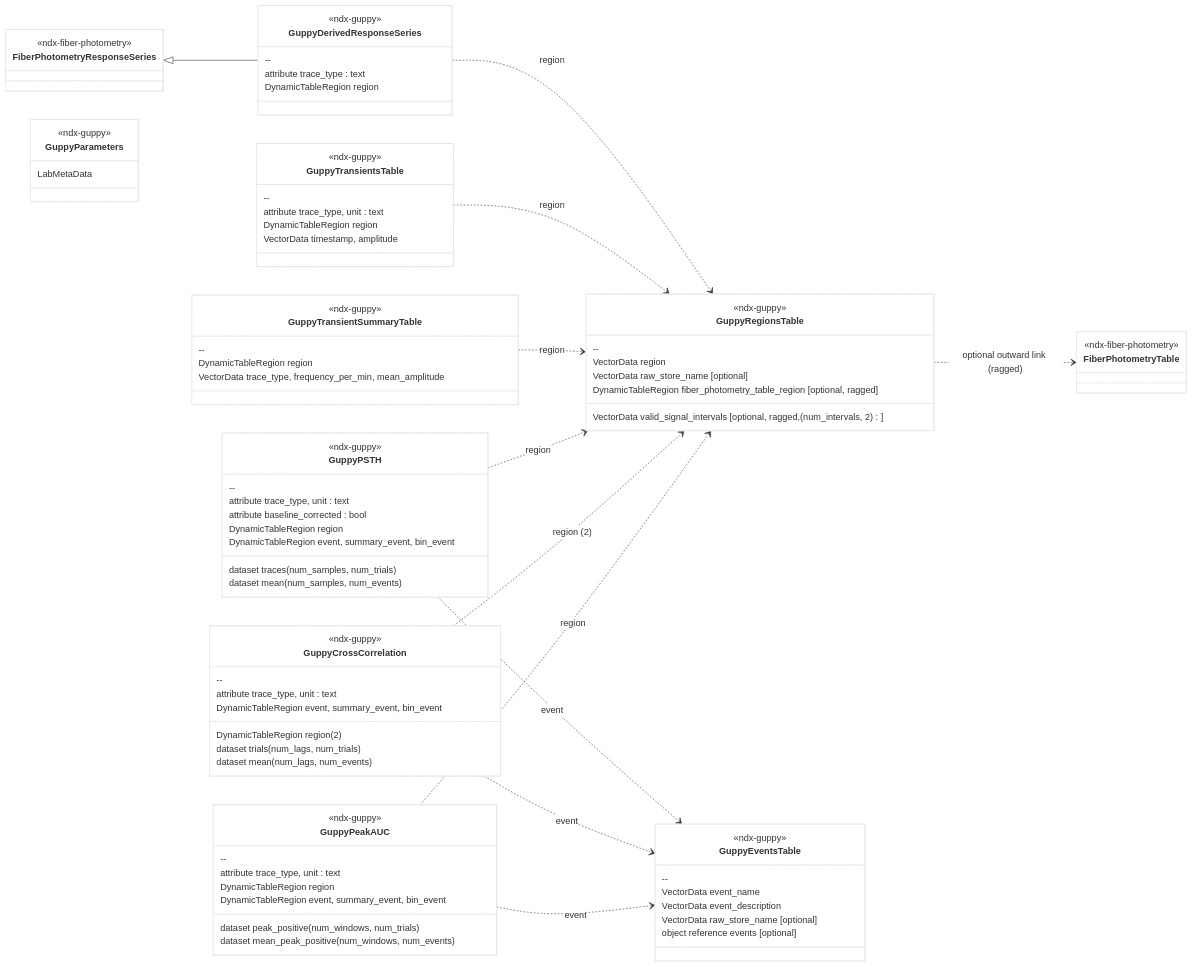
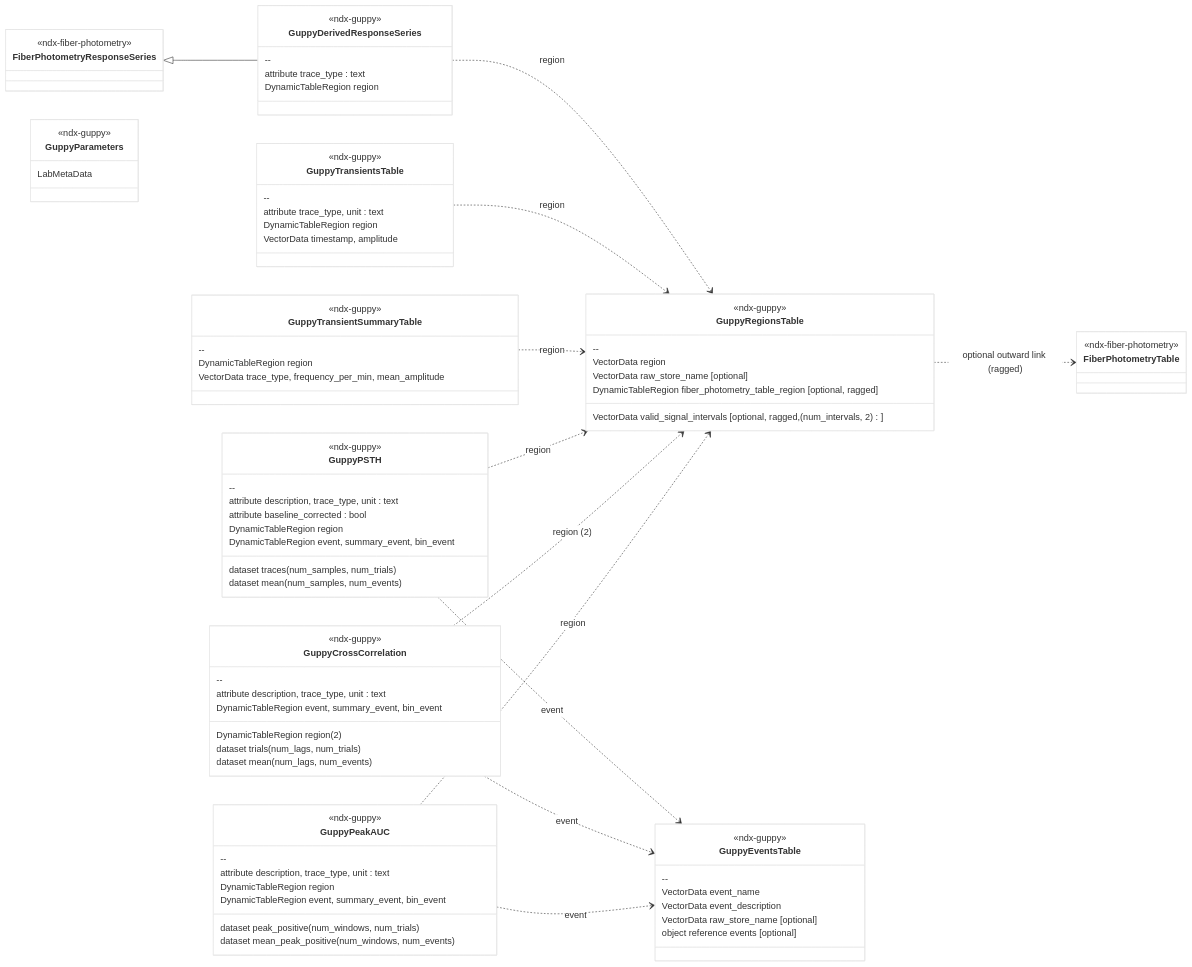
The diagram in README.md (catalystneuro/ndx-guppy), drawn with Mermaid before and after one commit. The commit also changed 3 other files, not shown here.

First line of the commit message:
Add a required description attribute to the event-bearing product types

```diff
--- a/README.md
+++ b/README.md
@@ -265,7 +265,7 @@
     class GuppyPSTH {
         <<ndx-guppy>>
         --
-        attribute trace_type, unit : text
+        attribute description, trace_type, unit : text
         attribute baseline_corrected : bool
         DynamicTableRegion region
         DynamicTableRegion event, summary_event, bin_event
@@ -275,7 +275,7 @@
     class GuppyCrossCorrelation {
         <<ndx-guppy>>
         --
-        attribute trace_type, unit : text
+        attribute description, trace_type, unit : text
         DynamicTableRegion region (2)
         DynamicTableRegion event, summary_event, bin_event
         dataset trials (num_lags, num_trials)
@@ -284,7 +284,7 @@
     class GuppyPeakAUC {
         <<ndx-guppy>>
         --
-        attribute trace_type, unit : text
+        attribute description, trace_type, unit : text
         DynamicTableRegion region
         DynamicTableRegion event, summary_event, bin_event
         dataset peak_positive (num_windows, num_trials)
```
